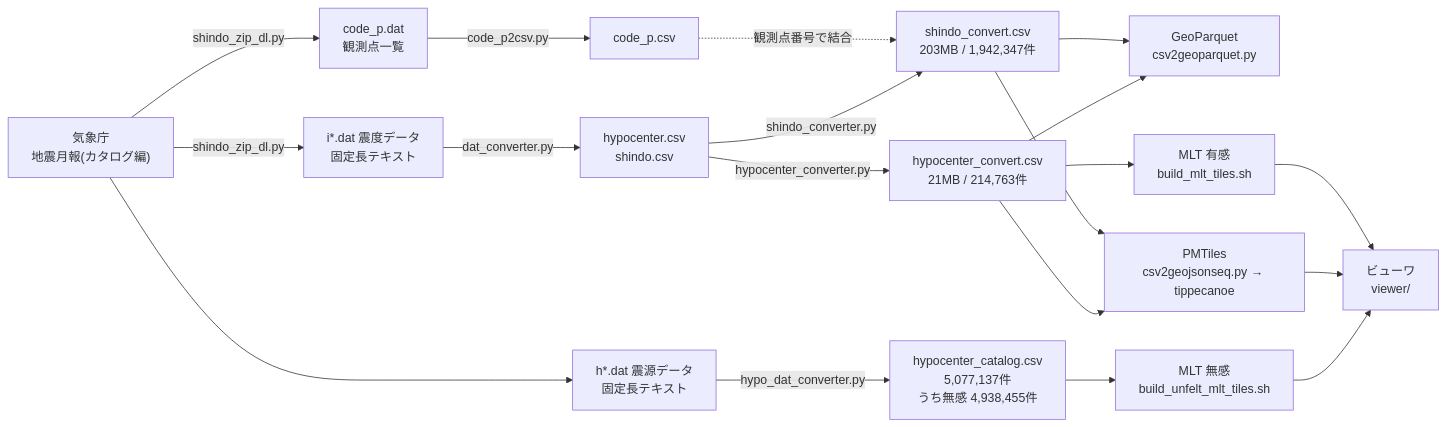
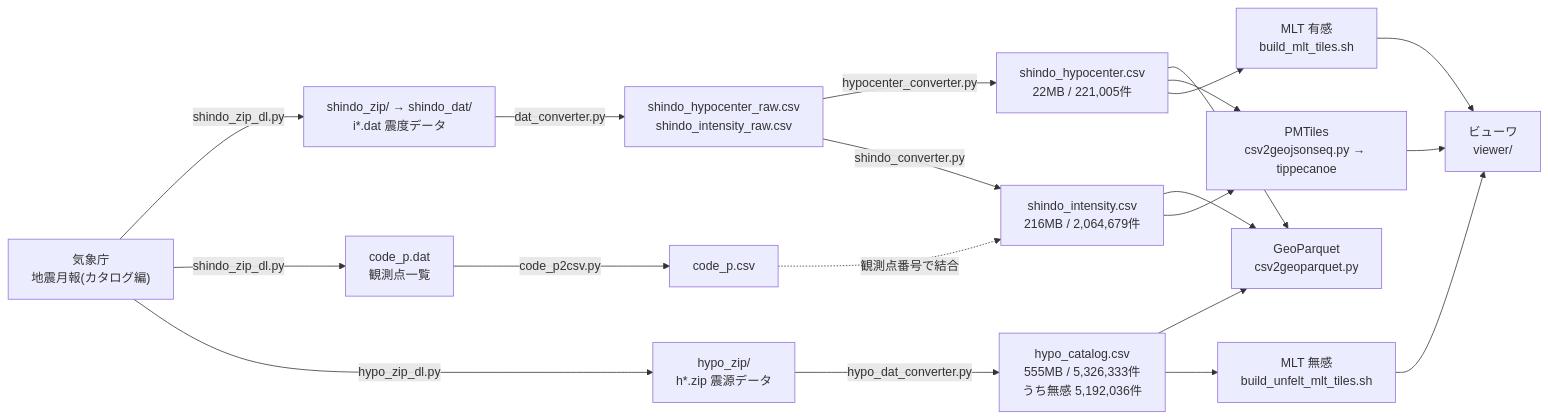
The diagram in README.md (shiwaku/jma-earthquake-data-converter), drawn with Mermaid before and after one commit. The commit also changed other lines of this file and 34 other files, not shown here.

First line of the commit message:
feat: 2023〜2024年を取り込み、配信物ごとに shindo_ / hypo_ へ改名する

````diff
--- a/README.md
+++ b/README.md
@@ -133,21 +147,22 @@
 ```mermaid
 flowchart LR
-  JMA["気象庁<br/>地震月報(カタログ編)"] -->|shindo_zip_dl.py| DAT["i*.dat 震度データ<br/>固定長テキスト"]
+  JMA["気象庁<br/>地震月報(カタログ編)"] -->|shindo_zip_dl.py| DAT["shindo_zip/ → shindo_dat/<br/>i*.dat 震度データ"]
   JMA -->|shindo_zip_dl.py| CODEP["code_p.dat<br/>観測点一覧"]
-  JMA --> HDAT["h*.dat 震源データ<br/>固定長テキスト"]
+  JMA -->|hypo_zip_dl.py| HDAT["hypo_zip/<br/>h*.zip 震源データ"]
   CODEP -->|code_p2csv.py| CODECSV["code_p.csv"]
-  DAT -->|dat_converter.py| RAW["hypocenter.csv<br/>shindo.csv"]
-  RAW -->|hypocenter_converter.py| HYPO["hypocenter_convert.csv<br/>21MB / 214,763件"]
-  RAW -->|shindo_converter.py| SHINDO["shindo_convert.csv<br/>203MB / 1,942,347件"]
-  HDAT -->|hypo_dat_converter.py| CAT["hypocenter_catalog.csv<br/>5,077,137件<br/>うち無感 4,938,455件"]
+  DAT -->|dat_converter.py| RAW["shindo_hypocenter_raw.csv<br/>shindo_intensity_raw.csv"]
+  RAW -->|hypocenter_converter.py| HYPO["shindo_hypocenter.csv<br/>22MB / 221,005件"]
+  RAW -->|shindo_converter.py| SHINDO["shindo_intensity.csv<br/>216MB / 2,064,679件"]
+  HDAT -->|hypo_dat_converter.py| CAT["hypo_catalog.csv<br/>555MB / 5,326,333件<br/>うち無感 5,192,036件"]
   CODECSV -.観測点番号で結合.-> SHINDO
   HYPO --> GP["GeoParquet<br/>csv2geoparquet.py"]
   SHINDO --> GP
+  CAT --> GP
   HYPO --> PM["PMTiles<br/>csv2geojsonseq.py → tippecanoe"]
   SHINDO --> PM
   HYPO --> MLT["MLT 有感<br/>build_mlt_tiles.sh"]
   CAT --> MLTU["MLT 無感<br/>build_unfelt_mlt_tiles.sh"]
   MLTU --> VIEWER
   PM --> VIEWER["ビューワ<br/>viewer/"]
   MLT --> VIEWER
 ```
````
